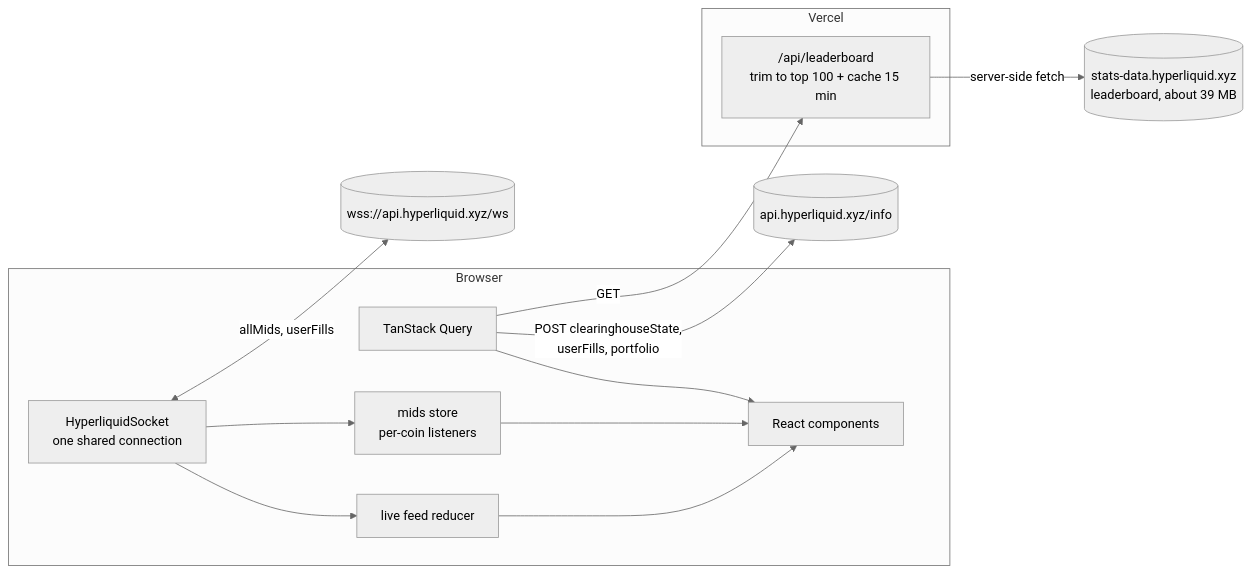
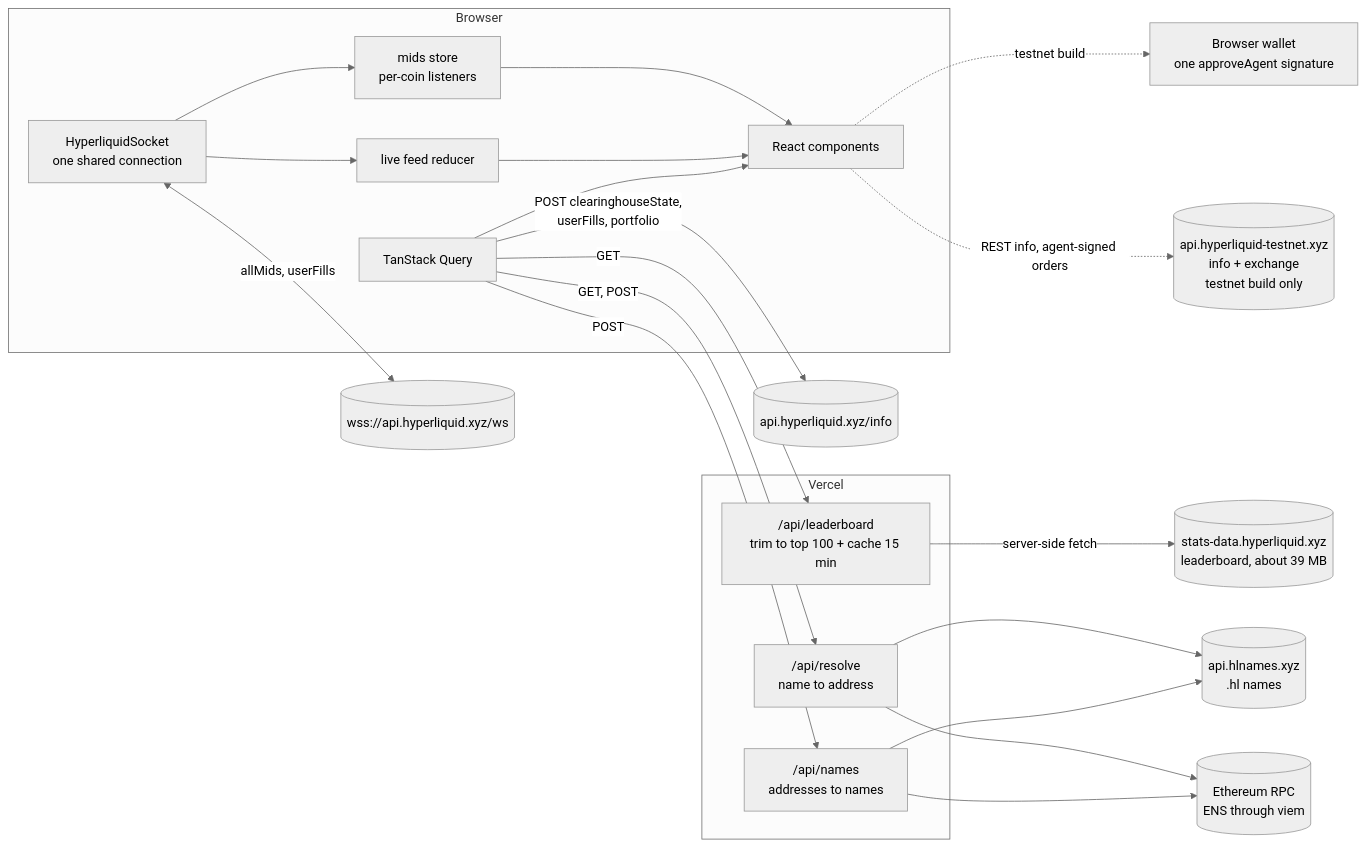
Before and after one commit to lukicenturi/slipstream: the diagram in README.md, drawn with Mermaid (neutral theme). The commit also changed other lines of this file and 16 other files, not shown here.

````diff
--- a/README.md
+++ b/README.md
@@ -27,28 +34,42 @@
 ```mermaid
 flowchart LR
   subgraph Browser
     UI[React components]
     Q[TanStack Query]
     WS[HyperliquidSocket<br/>one shared connection]
     Mids[mids store<br/>per-coin listeners]
     Feed[live feed reducer]
   end
 
   subgraph Vercel
     Route["/api/leaderboard<br/>trim to top 100 + cache 15 min"]
+    Resolve["/api/resolve<br/>name to address"]
+    Names["/api/names<br/>addresses to names"]
   end
 
   Stats[(stats-data.hyperliquid.xyz<br/>leaderboard, about 39 MB)]
+  HLN[(api.hlnames.xyz<br/>.hl names)]
+  RPC[(Ethereum RPC<br/>ENS through viem)]
   Info[(api.hyperliquid.xyz/info)]
   Socket[(wss://api.hyperliquid.xyz/ws)]
+  Testnet[(api.hyperliquid-testnet.xyz<br/>info + exchange<br/>testnet build only)]
+  Wallet[Browser wallet<br/>one approveAgent signature]
 
   Q -->|GET| Route
   Route -->|server-side fetch| Stats
+  Q -->|GET, POST| Resolve
+  Q -->|POST| Names
+  Resolve --> HLN
+  Resolve --> RPC
+  Names --> HLN
+  Names --> RPC
   Q -->|POST clearinghouseState,<br/>userFills, portfolio| Info
   WS <-->|allMids, userFills| Socket
   WS --> Mids
   WS --> Feed
   Mids --> UI
   Feed --> UI
   Q --> UI
+  UI -.->|testnet build| Wallet
+  UI -.->|REST info, agent-signed orders| Testnet
 ```
````
